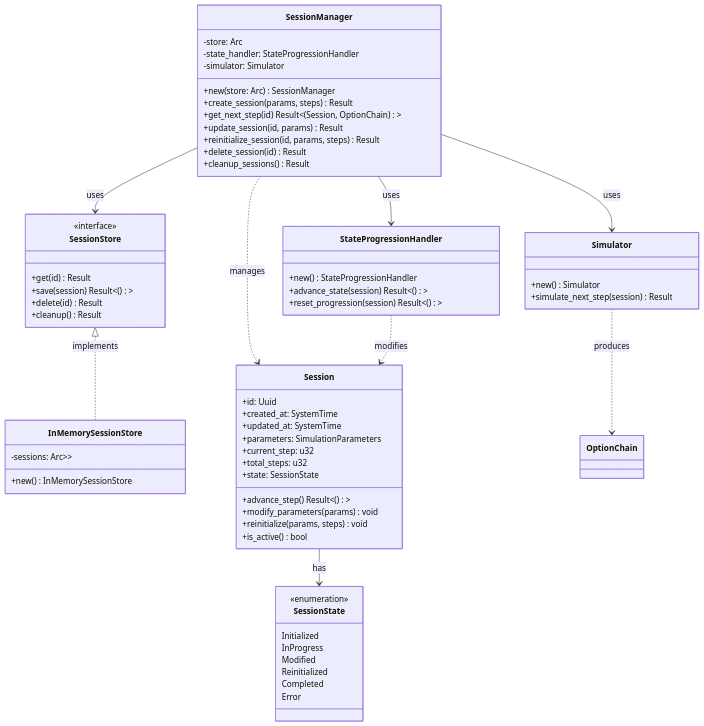
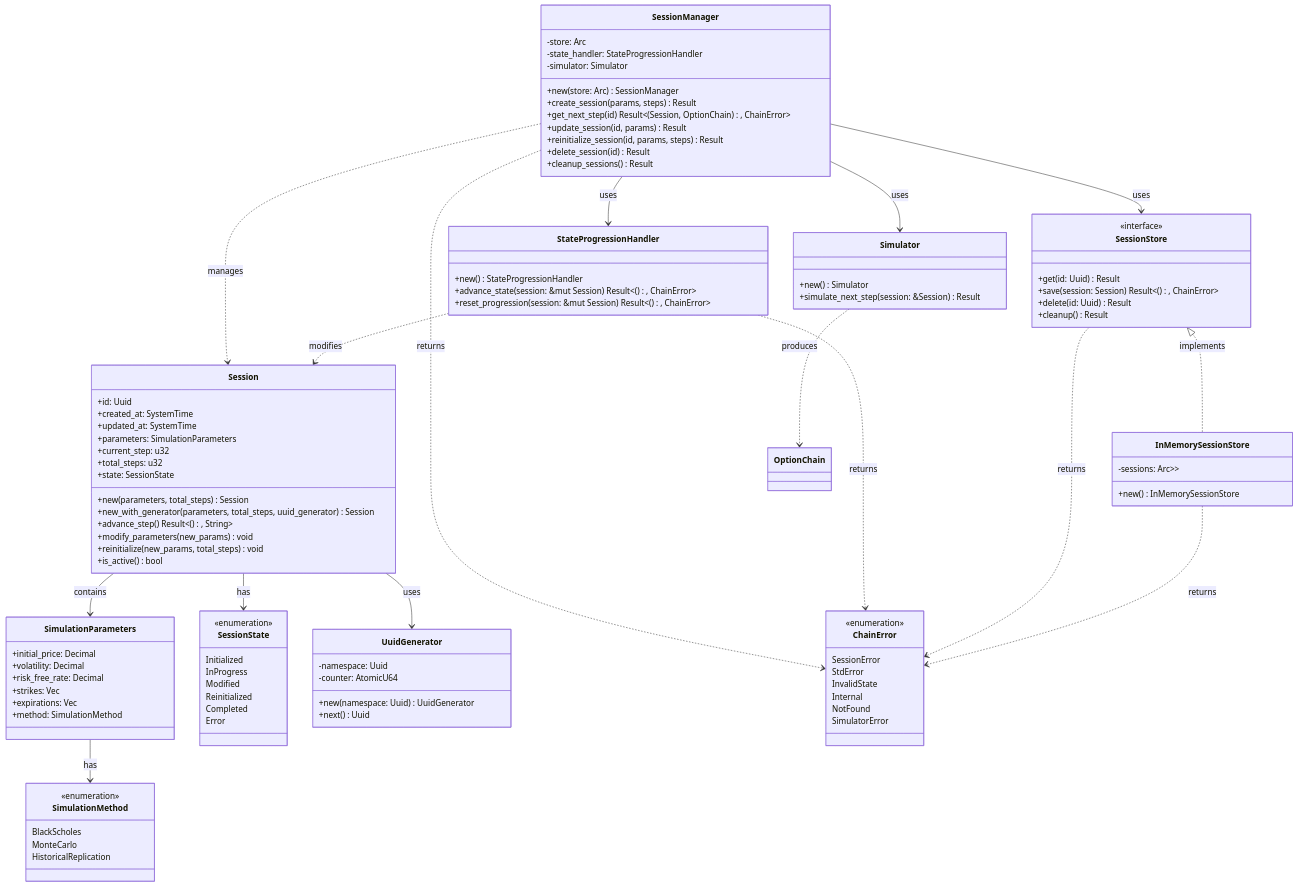
Before and after one commit to joaquinbejar/OptionChain-Simulator: the diagram in doc/session/manager.md, drawn with Mermaid. The commit also changed 6 other files, not shown here.

First line of the commit message:
Add simulation module and integrate Simulator into session flow

````diff
--- a/doc/session/manager.md
+++ b/doc/session/manager.md
@@ -6,20 +6,20 @@
         -state_handler: StateProgressionHandler
         -simulator: Simulator
         +new(store: Arc<dyn SessionStore>) SessionManager
-        +create_session(params, steps) Result<Session>
-        +get_next_step(id) Result<(Session, OptionChain)>
-        +update_session(id, params) Result<Session>
-        +reinitialize_session(id, params, steps) Result<Session>
-        +delete_session(id) Result<bool>
-        +cleanup_sessions() Result<usize>
+        +create_session(params, steps) Result<Session, ChainError>
+        +get_next_step(id) Result<(Session, OptionChain), ChainError>
+        +update_session(id, params) Result<Session, ChainError>
+        +reinitialize_session(id, params, steps) Result<Session, ChainError>
+        +delete_session(id) Result<bool, ChainError>
+        +cleanup_sessions() Result<usize, ChainError>
     }
     
     class SessionStore {
         <<interface>>
-        +get(id) Result<Session>
-        +save(session) Result<()>
-        +delete(id) Result<bool>
-        +cleanup() Result<usize>
+        +get(id: Uuid) Result<Session, ChainError>
+        +save(session: Session) Result<(), ChainError>
+        +delete(id: Uuid) Result<bool, ChainError>
+        +cleanup() Result<usize, ChainError>
     }
     
     class InMemorySessionStore {
@@ -29,8 +29,8 @@
     
     class StateProgressionHandler {
         +new() StateProgressionHandler
-        +advance_state(session) Result<()>
-        +reset_progression(session) Result<()>
+        +advance_state(session: &mut Session) Result<(), ChainError>
+        +reset_progression(session: &mut Session) Result<(), ChainError>
     }
     
     class Session {
@@ -41,10 +41,21 @@
         +current_step: u32
         +total_steps: u32
         +state: SessionState
-        +advance_step() Result<()>
-        +modify_parameters(params) void
-        +reinitialize(params, steps) void
+        +new(parameters, total_steps) Session
+        +new_with_generator(parameters, total_steps, uuid_generator) Session
+        +advance_step() Result<(), String>
+        +modify_parameters(new_params) void
+        +reinitialize(new_params, total_steps) void
         +is_active() bool
+    }
+    
+    class SimulationParameters {
+        +initial_price: Decimal
+        +volatility: Decimal
+        +risk_free_rate: Decimal
+        +strikes: Vec<Decimal>
+        +expirations: Vec<Duration>
+        +method: SimulationMethod
     }
     
     class SessionState {
@@ -57,9 +68,33 @@
         Error
     }
     
+    class SimulationMethod {
+        <<enumeration>>
+        BlackScholes
+        MonteCarlo
+        HistoricalReplication
+    }
+    
+    class UuidGenerator {
+        -namespace: Uuid
+        -counter: AtomicU64
+        +new(namespace: Uuid) UuidGenerator
+        +next() Uuid
+    }
+    
     class Simulator {
         +new() Simulator
-        +simulate_next_step(session) Result<OptionChain>
+        +simulate_next_step(session: &Session) Result<OptionChain, String>
+    }
+    
+    class ChainError {
+        <<enumeration>>
+        SessionError
+        StdError
+        InvalidState
+        Internal
+        NotFound
+        SimulatorError
     }
     
     SessionManager --> SessionStore: uses
@@ -67,7 +102,14 @@
     SessionManager --> Simulator: uses
     SessionStore <|.. InMemorySessionStore: implements
     SessionManager ..> Session: manages
+    SessionManager ..> ChainError: returns
     Session --> SessionState: has
+    Session --> SimulationParameters: contains
+    Session --> UuidGenerator: uses
+    SimulationParameters --> SimulationMethod: has
     StateProgressionHandler ..> Session: modifies
+    StateProgressionHandler ..> ChainError: returns
     Simulator ..> OptionChain: produces
+    SessionStore ..> ChainError: returns
+    InMemorySessionStore ..> ChainError: returns
 ```
````
